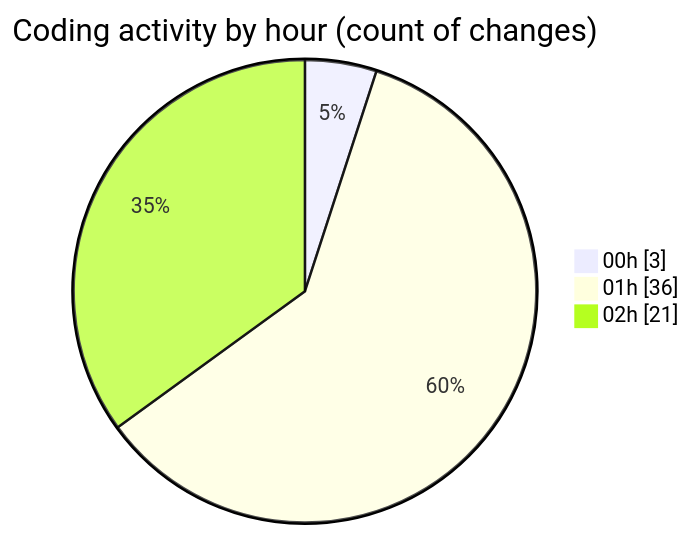
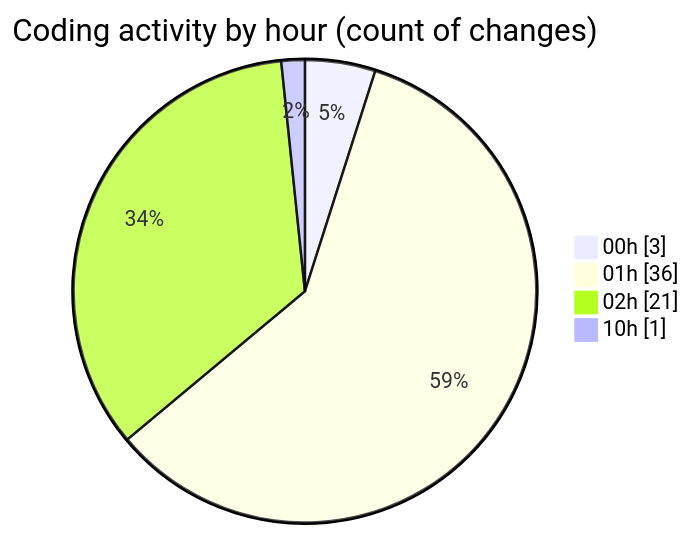
Before and after one commit to lephambinh05/code-tracking: the second of 2 diagrams in 2025-09-05/hiai-phf/README.md, drawn with Mermaid. The commit also changed other lines of this file and 1 other file, not shown here.

````diff
--- a/2025-09-05/hiai-phf/README.md
+++ b/2025-09-05/hiai-phf/README.md
@@ -43,7 +45,8 @@
 ```mermaid
 pie showData
 title Coding activity by hour (count of changes)
 "00h" : 3
 "01h" : 36
 "02h" : 21
+"10h" : 1
 ```
````
